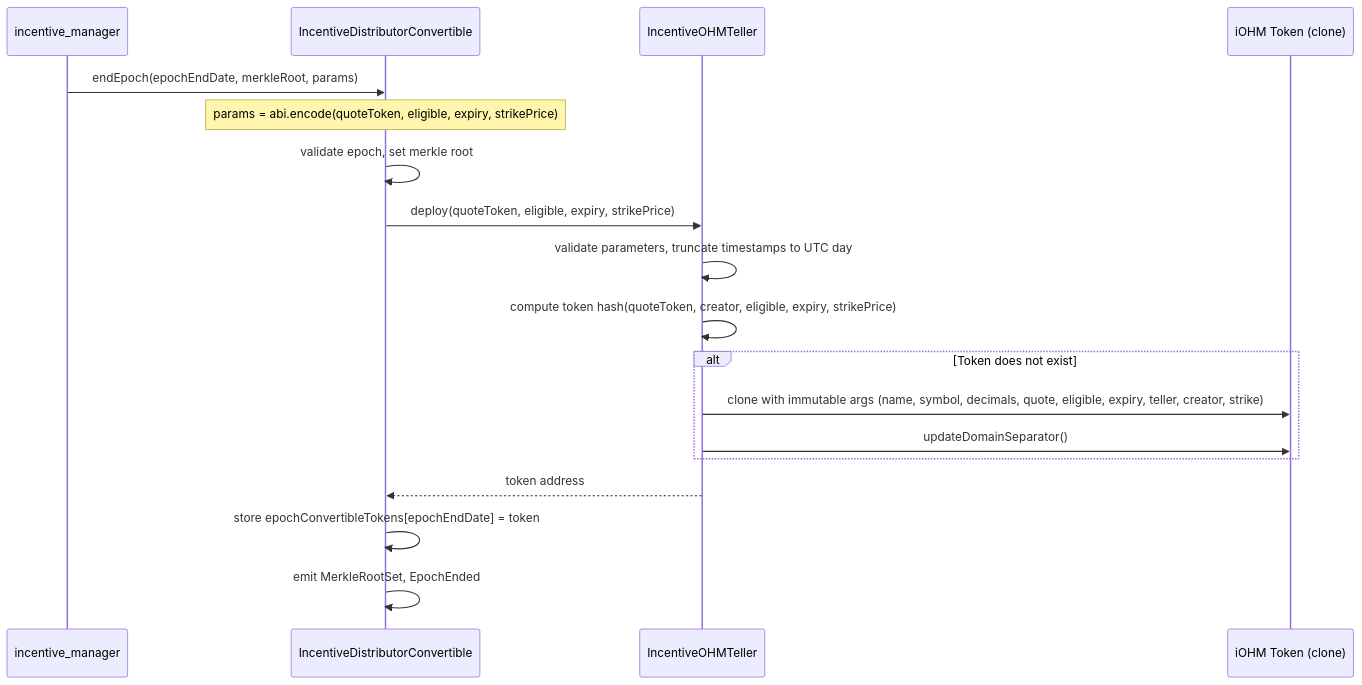
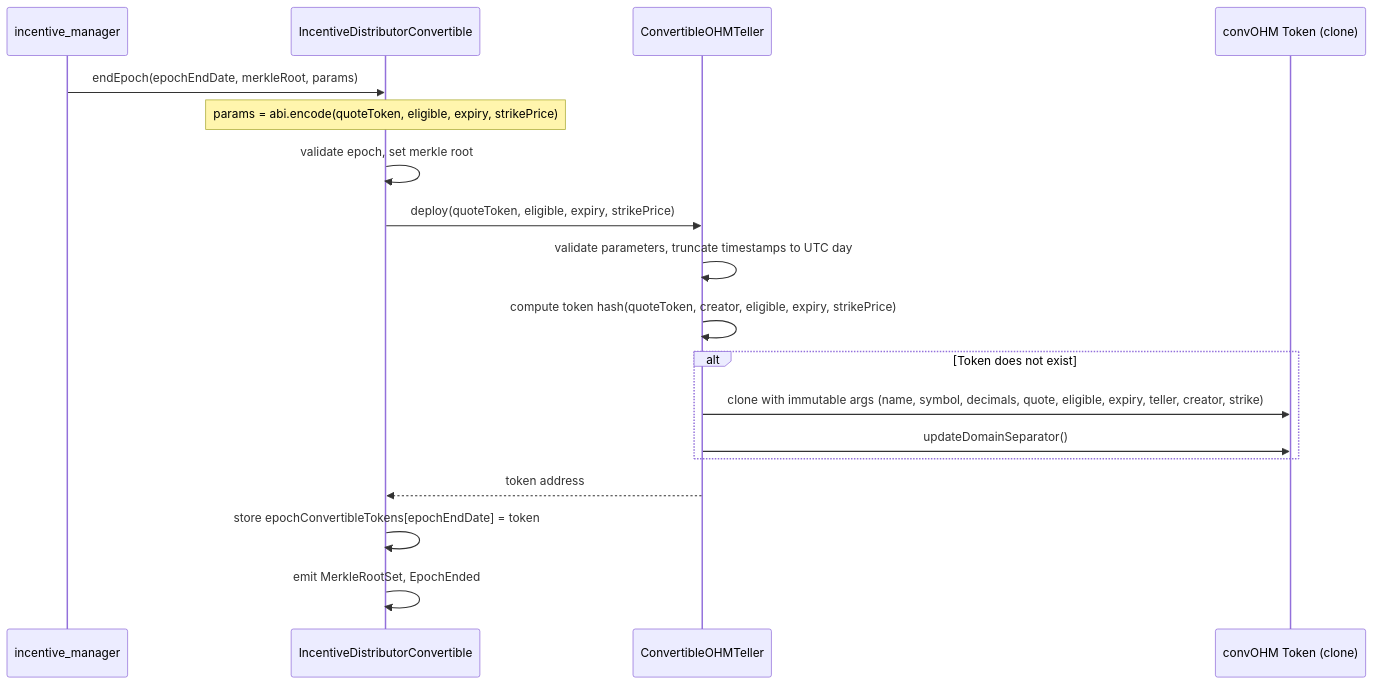
One commit to OlympusDAO/olympus-v3 changed the second of 6 diagrams in audit/2026-03_incentives/README.md. Above: the diagram before and after it, drawn with Mermaid. The commit also changed other lines of this file and 20 other files, not shown here.

Commit message:
refactor: rename `IncentiveOHM` to `ConvertibleOHM` across files, contracts, and docs

````diff
--- a/audit/2026-03_incentives/README.md
+++ b/audit/2026-03_incentives/README.md
@@ -200,21 +200,21 @@
 ```mermaid
 sequenceDiagram
     participant Admin as incentive_manager
     participant DistConv as IncentiveDistributorConvertible
-    participant Teller as IncentiveOHMTeller
-    participant ConvToken as iOHM Token (clone)
+    participant Teller as ConvertibleOHMTeller
+    participant ConvToken as convOHM Token (clone)
 
     Admin->>DistConv: endEpoch(epochEndDate, merkleRoot, params)
     Note over DistConv: params = abi.encode(quoteToken, eligible, expiry, strikePrice)
     DistConv->>DistConv: validate epoch, set merkle root
     DistConv->>Teller: deploy(quoteToken, eligible, expiry, strikePrice)
     Teller->>Teller: validate parameters, truncate timestamps to UTC day
     Teller->>Teller: compute token hash(quoteToken, creator, eligible, expiry, strikePrice)
     alt Token does not exist
         Teller->>ConvToken: clone with immutable args (name, symbol, decimals, quote, eligible, expiry, teller, creator, strike)
         Teller->>ConvToken: updateDomainSeparator()
     end
     Teller-->>DistConv: token address
     DistConv->>DistConv: store epochConvertibleTokens[epochEndDate] = token
     DistConv->>DistConv: emit MerkleRootSet, EpochEnded
 ```
````
